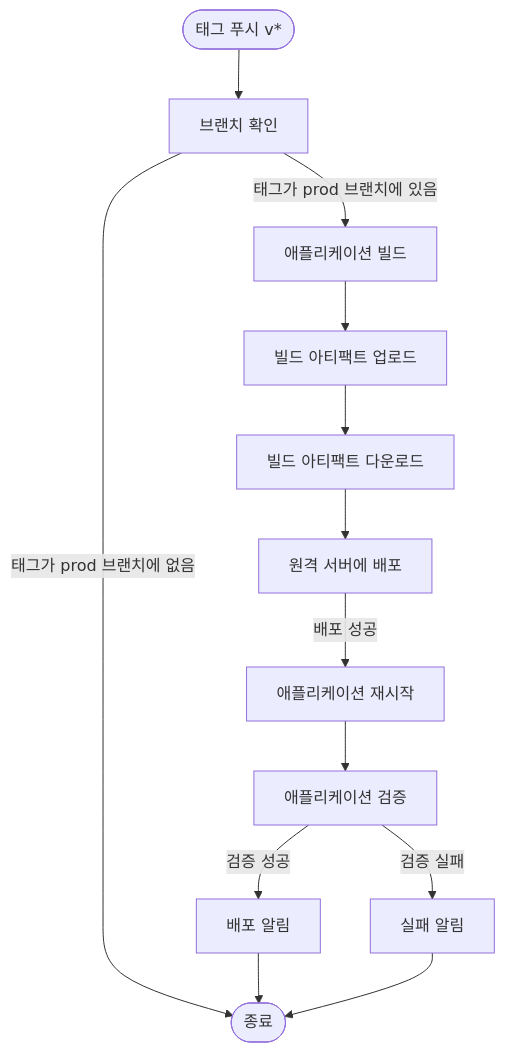
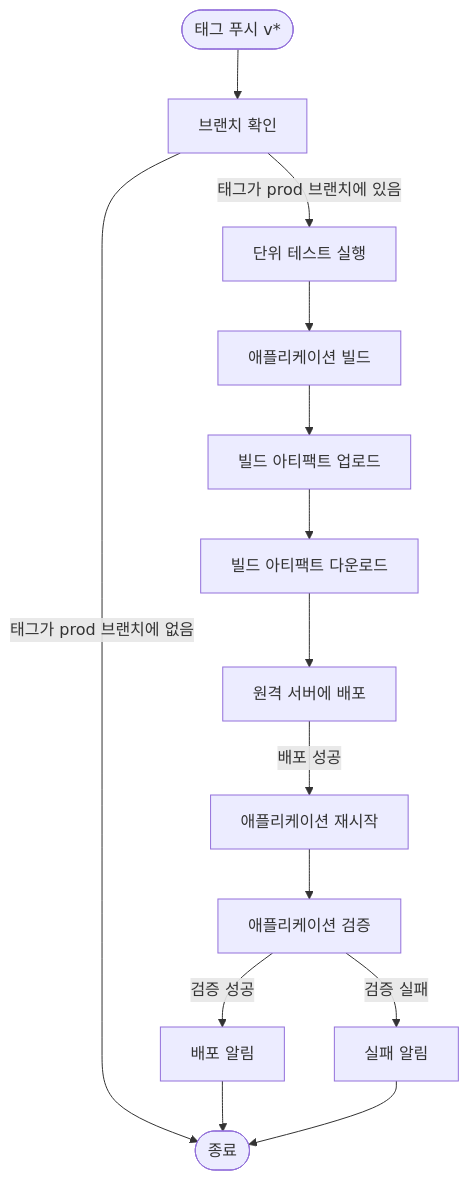
One commit to KalGookSoo/seesaw-web changed the first of 4 diagrams in docs/PROD_RELEASE_WORKFLOW.md. Above: the diagram before and after it, drawn with Mermaid. The commit also changed other lines of this file and 8 other files, not shown here.

First line of the commit message:
docs: ERD 문서 제거 및 개발 환경 설정 가이드 추가

````diff
--- a/docs/PROD_RELEASE_WORKFLOW.md
+++ b/docs/PROD_RELEASE_WORKFLOW.md
@@ -16,18 +16,19 @@
 ```mermaid
 flowchart TD
     Start([태그 푸시 v*]) --> CheckBranch[브랜치 확인]
-    CheckBranch -- "태그가 prod 브랜치에 있음" --> Build[애플리케이션 빌드]
+    CheckBranch -- "태그가 prod 브랜치에 있음" --> RunTests[단위 테스트 실행]
     CheckBranch -- "태그가 prod 브랜치에 없음" --> End([종료])
-    
+
+    RunTests --> Build[애플리케이션 빌드]
     Build --> UploadArtifact[빌드 아티팩트 업로드]
     UploadArtifact --> DownloadArtifact[빌드 아티팩트 다운로드]
     DownloadArtifact --> DeployToServer[원격 서버에 배포]
-    
+
     DeployToServer -- "배포 성공" --> RestartApp[애플리케이션 재시작]
     RestartApp --> VerifyApp[애플리케이션 검증]
     VerifyApp -- "검증 성공" --> Notification[배포 알림]
     VerifyApp -- "검증 실패" --> FailureNotification[실패 알림]
-    
+
     Notification --> End
     FailureNotification --> End
 ```
````
